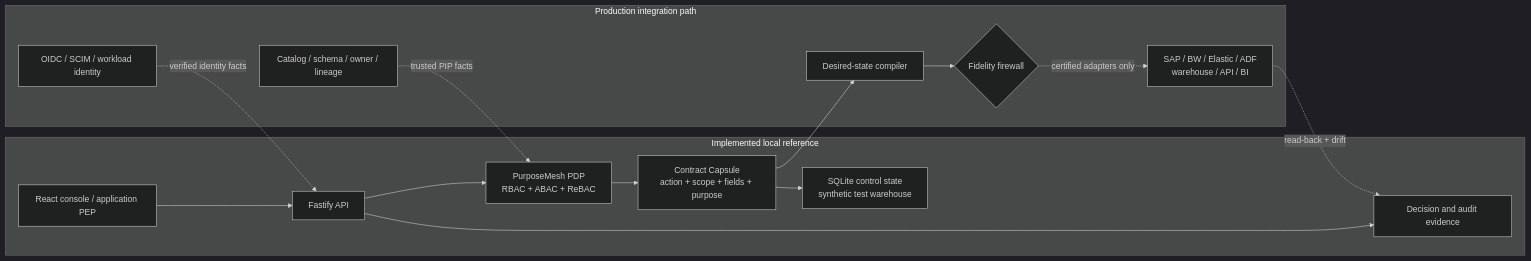
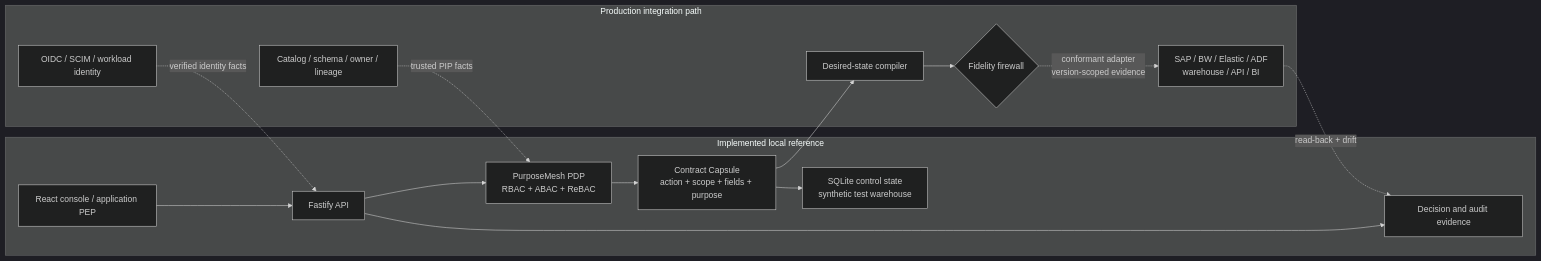
One commit to mkbhardwas12/purposemesh changed the diagram in README.md. Above: the diagram before and after it, drawn with Mermaid (dark theme). The commit also changed other lines of this file and 20 other files, not shown here.

````diff
--- a/README.md
+++ b/README.md
@@ -96,19 +142,19 @@
 ```mermaid
 flowchart LR
   subgraph local["Implemented local reference"]
     UI["React console / application PEP"] --> API["Fastify API"]
     API --> PDP["PurposeMesh PDP<br/>RBAC + ABAC + ReBAC"]
     PDP --> CAP["Contract Capsule<br/>action + scope + fields + purpose"]
     CAP --> DATA["SQLite control state<br/>synthetic test warehouse"]
     API --> EVIDENCE["Decision and audit evidence"]
   end
 
   subgraph target["Production integration path"]
     ID["OIDC / SCIM / workload identity"] -. "verified identity facts" .-> API
     META["Catalog / schema / owner / lineage"] -. "trusted PIP facts" .-> PDP
     CAP --> COMPILER["Desired-state compiler"]
     COMPILER --> GATE{"Fidelity firewall"}
-    GATE -. "certified adapters only" .-> SYSTEMS["SAP / BW / Elastic / ADF<br/>warehouse / API / BI"]
+    GATE -. "conformant adapter<br/>version-scoped evidence" .-> SYSTEMS["SAP / BW / Elastic / ADF<br/>warehouse / API / BI"]
     SYSTEMS -. "read-back + drift" .-> EVIDENCE
   end
 ```
````
